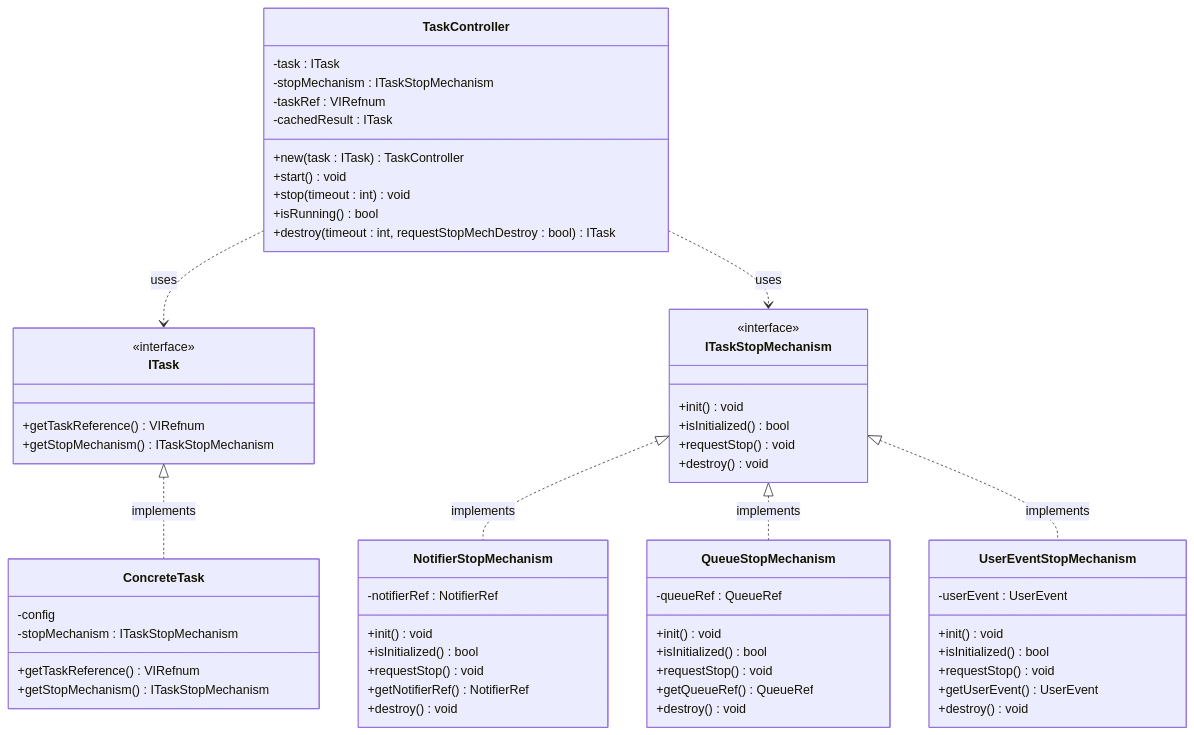
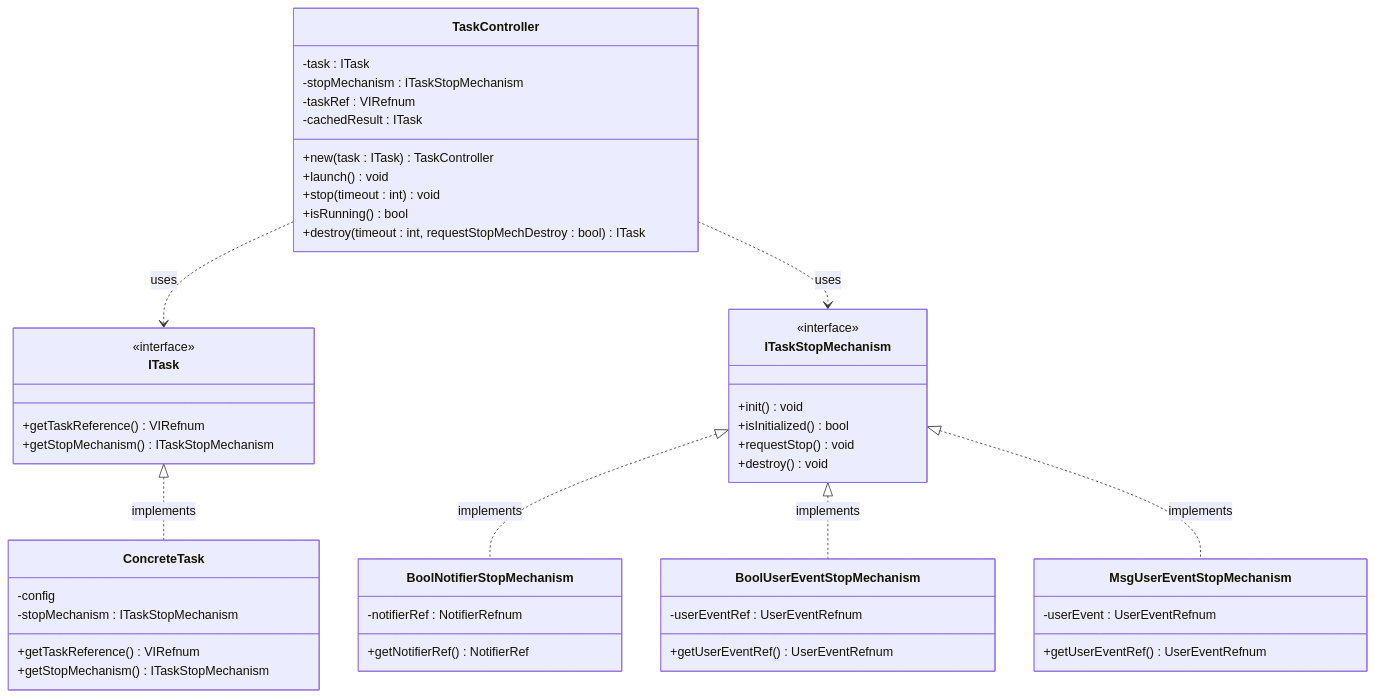
The diagram in README.md (andcadev/TLC_Daemon), drawn with Mermaid before and after one commit. The commit also changed other lines of this file, not shown here.

````diff
--- a/README.md
+++ b/README.md
@@ -40,62 +40,50 @@
 ```mermaid
 classDiagram
     class ITask {
         <<interface>>
         +getTaskReference() VIRefnum
         +getStopMechanism() ITaskStopMechanism
     }
     class ITaskStopMechanism {
         <<interface>>
         +init() void
         +isInitialized() bool
         +requestStop() void
         +destroy() void
     }
     class TaskController {
         -task : ITask
         -stopMechanism : ITaskStopMechanism
         -taskRef : VIRefnum
         -cachedResult : ITask
         +new(task : ITask) TaskController
-        +start() void
+        +launch() void
         +stop(timeout : int) void
         +isRunning() bool
         +destroy(timeout : int, requestStopMechDestroy : bool) ITask
     }
     class ConcreteTask {
         -config
         -stopMechanism : ITaskStopMechanism
         +getTaskReference() VIRefnum
         +getStopMechanism() ITaskStopMechanism
     }
-    class NotifierStopMechanism {
-        -notifierRef : NotifierRef
-        +init() void
-        +isInitialized() bool
-        +requestStop() void
+    class BoolNotifierStopMechanism {
+        -notifierRef : NotifierRefnum
         +getNotifierRef() NotifierRef
-        +destroy() void
     }
-    class QueueStopMechanism {
-        -queueRef : QueueRef
-        +init() void
-        +isInitialized() bool
-        +requestStop() void
-        +getQueueRef() QueueRef
-        +destroy() void
+    class BoolUserEventStopMechanism {
+        -userEventRef : UserEventRefnum
+        +getUserEventRef() UserEventRefnum
     }
-    class UserEventStopMechanism {
-        -userEvent : UserEvent
-        +init() void
-        +isInitialized() bool
-        +requestStop() void
-        +getUserEvent() UserEvent
-        +destroy() void
+    class MsgUserEventStopMechanism {
+        -userEvent : UserEventRefnum
+        +getUserEventRef() UserEventRefnum
     }
     ITask <|.. ConcreteTask : implements
-    ITaskStopMechanism <|.. NotifierStopMechanism : implements
-    ITaskStopMechanism <|.. QueueStopMechanism : implements
-    ITaskStopMechanism <|.. UserEventStopMechanism : implements
+    ITaskStopMechanism <|.. BoolNotifierStopMechanism : implements
+    ITaskStopMechanism <|.. BoolUserEventStopMechanism : implements
+    ITaskStopMechanism <|.. MsgUserEventStopMechanism : implements
     TaskController ..> ITask : uses
     TaskController ..> ITaskStopMechanism : uses
 ```
````
